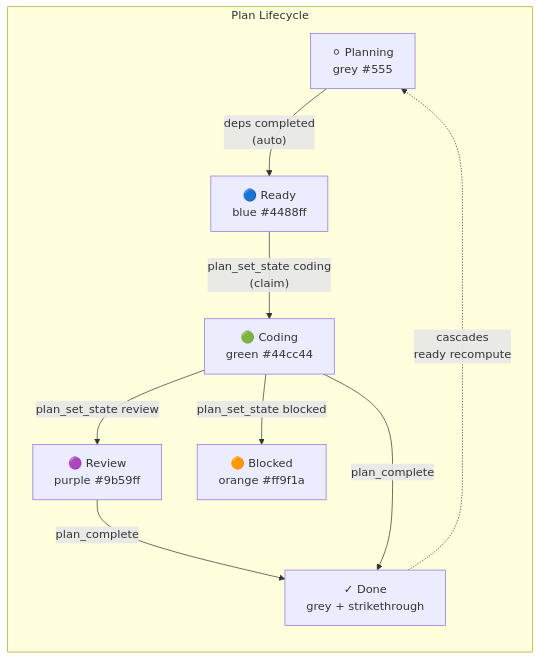
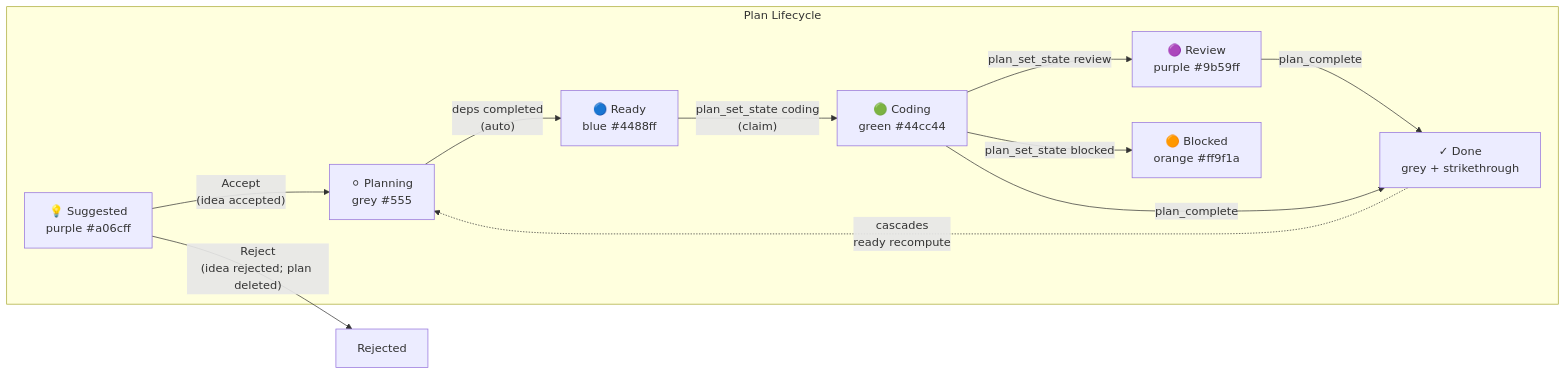
The first of 4 diagrams in docs/directory-plans.md (PetePeter/helm), drawn with Mermaid before and after one commit. The commit also changed other lines of this file and 67 other files, not shown here.

First line of the commit message:
feat(plans): "suggested" plan status with accept/reject triage

````diff
--- a/docs/directory-plans.md
+++ b/docs/directory-plans.md
@@ -7,19 +7,22 @@
 ```mermaid
 graph LR
     subgraph "Plan Lifecycle"
         P[⚪ Planning<br/>grey #555]
+        SG[💡 Suggested<br/>purple #a06cff]
         S[🔵 Ready<br/>blue #4488ff]
         D[🟢 Coding<br/>green #44cc44]
         R[🟣 Review<br/>purple #9b59ff]
         B[🟠 Blocked<br/>orange #ff9f1a]
         DN[✓ Done<br/>grey + strikethrough]
     end
 
     P -->|"deps completed<br/>(auto)"| S
+    SG -->|"Accept<br/>(idea accepted)"| P
+    SG -->|"Reject<br/>(idea rejected; plan deleted)"| X[Rejected]
     S -->|"plan_set_state coding<br/>(claim)"| D
     D -->|"plan_set_state review"| R
     D -->|"plan_set_state blocked"| B
     R -->|"plan_complete"| DN
     D -->|"plan_complete"| DN
     DN -.->|"cascades<br/>ready recompute"| P
 ```
````
